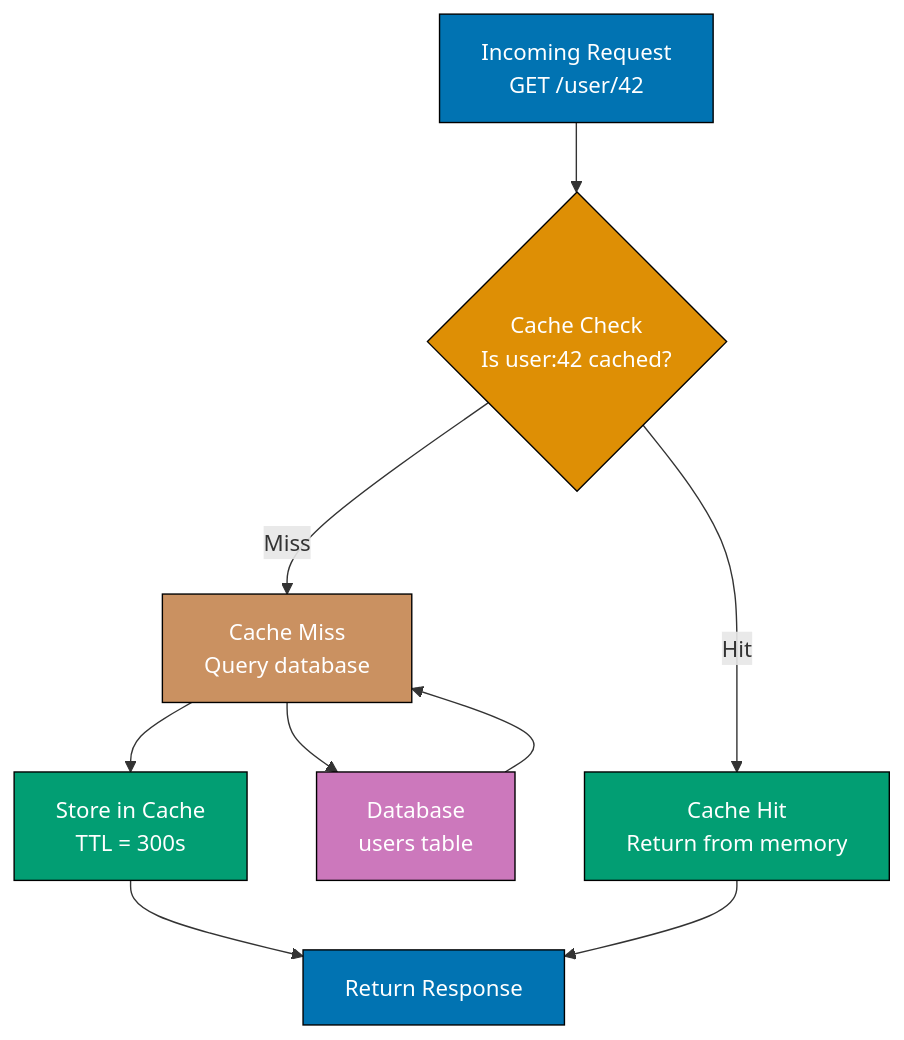
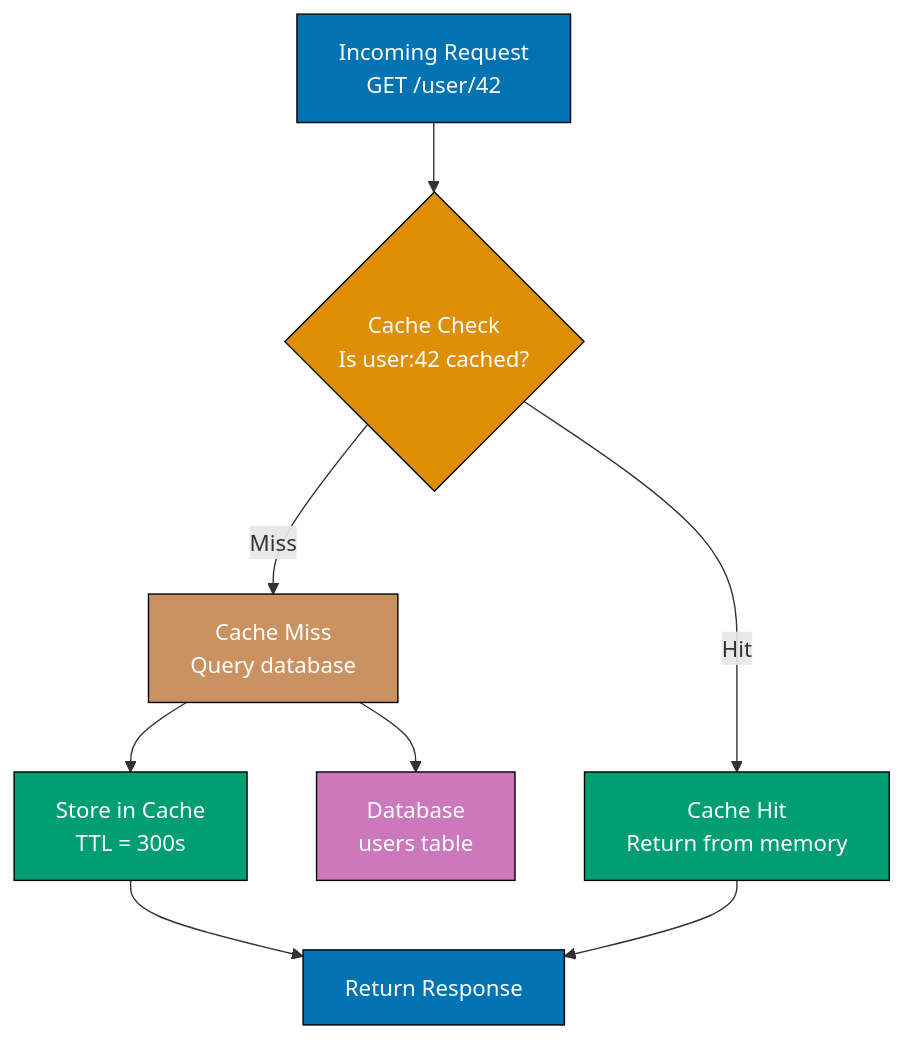
One commit to wahidyankf/open-sharia-enterprise changed the third of 8 diagrams in apps/ayokoding-web/content/en/learn/software-engineering/system-design/by-example/beginner.md. Above: the diagram before and after it, drawn with Mermaid. The commit also changed other lines of this file and 16 other files, not shown here.

First line of the commit message:
fix(content): fix 46 pre-existing Mermaid violations in tutorial files

````diff
--- a/apps/ayokoding-web/content/en/learn/software-engineering/system-design/by-example/beginner.md
+++ b/apps/ayokoding-web/content/en/learn/software-engineering/system-design/by-example/beginner.md
@@ -1261,28 +1255,27 @@
 ```mermaid
 %% Color Palette: Blue #0173B2, Orange #DE8F05, Teal #029E73, Purple #CC78BC, Brown #CA9161
 graph TD
     A["Incoming Request<br/>GET /user/42"]
     B{"Cache Check<br/>Is user:42 cached?"}
     C["Cache Hit<br/>Return from memory"]
     D["Cache Miss<br/>Query database"]
     E["Database<br/>users table"]
     F["Store in Cache<br/>TTL = 300s"]
     G["Return Response"]
 
     A --> B
-    B -->|"Hit"| C
-    B -->|"Miss"| D
+    B -- Hit --> C
+    B -- Miss --> D
     D --> E
-    E --> D
     D --> F
     F --> G
     C --> G
 
     style A fill:#0173B2,stroke:#000,color:#fff
     style B fill:#DE8F05,stroke:#000,color:#fff
     style C fill:#029E73,stroke:#000,color:#fff
     style D fill:#CA9161,stroke:#000,color:#fff
     style E fill:#CC78BC,stroke:#000,color:#fff
     style F fill:#029E73,stroke:#000,color:#fff
     style G fill:#0173B2,stroke:#000,color:#fff
 ```
````
